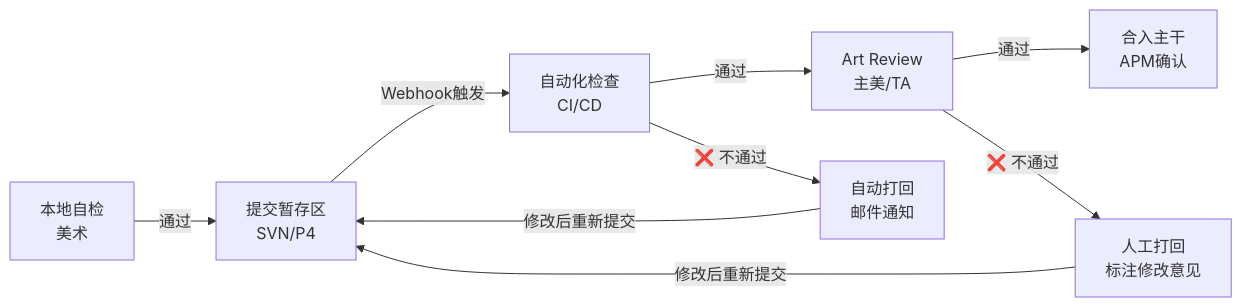
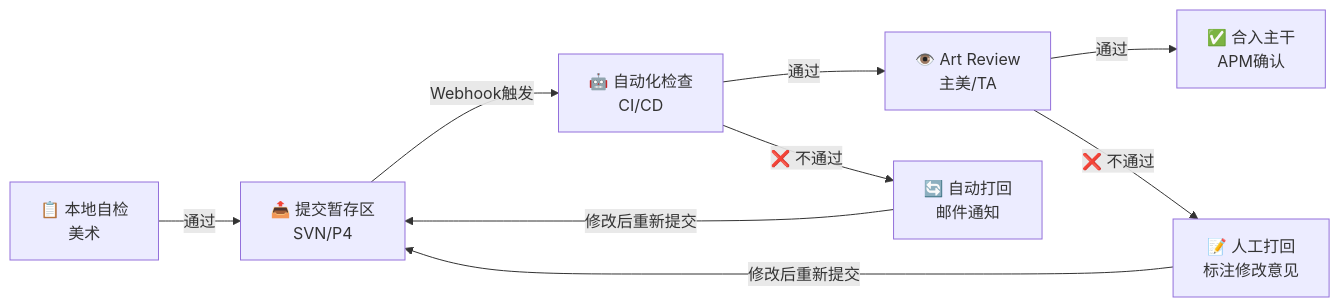
One commit to diedie23/Game-Knowledge-Base changed the first of 2 diagrams in docs/knowledge-base/asset-submit-review.md. Above: the diagram before and after it, drawn with Mermaid. The commit also changed other lines of this file and 4 other files, not shown here.

````diff
--- a/docs/knowledge-base/asset-submit-review.md
+++ b/docs/knowledge-base/asset-submit-review.md
@@ -56,11 +64,11 @@
 ```mermaid
 graph LR
-    A[本地自检<br/>美术] -->|通过| B[提交暂存区<br/>SVN/P4]
-    B -->|Webhook触发| C[自动化检查<br/>CI/CD]
-    C -->|通过| D[Art Review<br/>主美/TA]
-    C -->|❌ 不通过| C1[自动打回<br/>邮件通知]
+    A[📋 本地自检<br/>美术] -->|通过| B[📤 提交暂存区<br/>SVN/P4]
+    B -->|Webhook触发| C[🤖 自动化检查<br/>CI/CD]
+    C -->|通过| D[👁️ Art Review<br/>主美/TA]
+    C -->|❌ 不通过| C1[🔄 自动打回<br/>邮件通知]
     C1 -->|修改后重新提交| B
-    D -->|通过| E[合入主干<br/>APM确认]
-    D -->|❌ 不通过| D1[人工打回<br/>标注修改意见]
+    D -->|通过| E[✅ 合入主干<br/>APM确认]
+    D -->|❌ 不通过| D1[📝 人工打回<br/>标注修改意见]
     D1 -->|修改后重新提交| B
 ```
````
